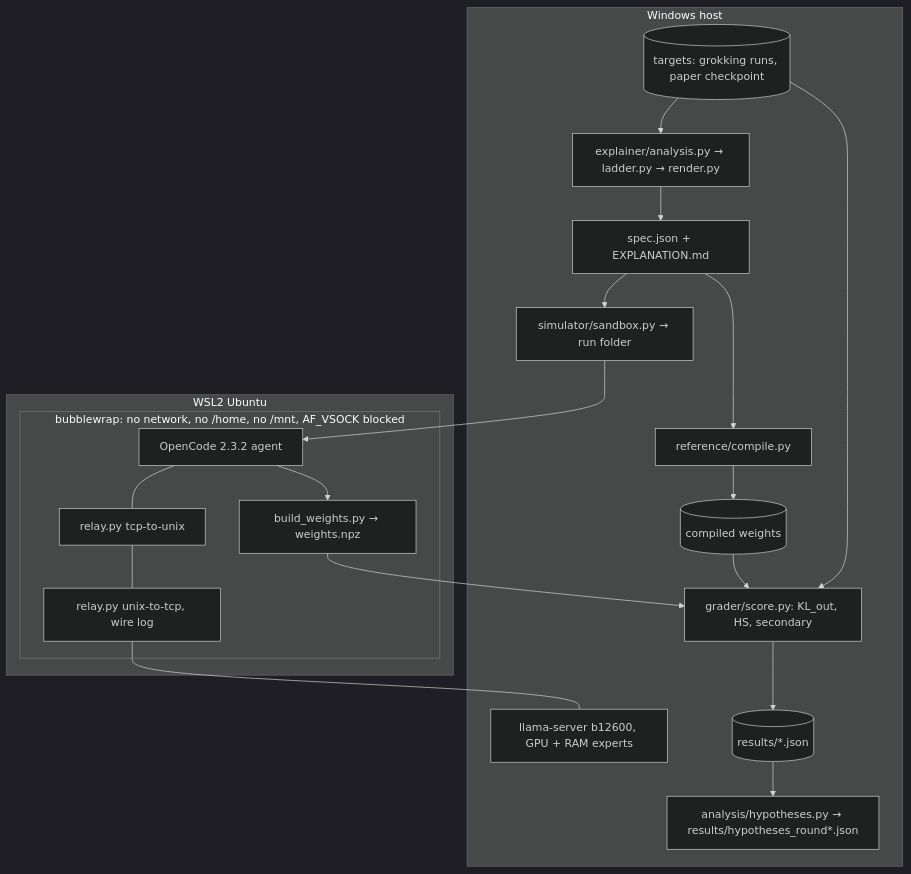
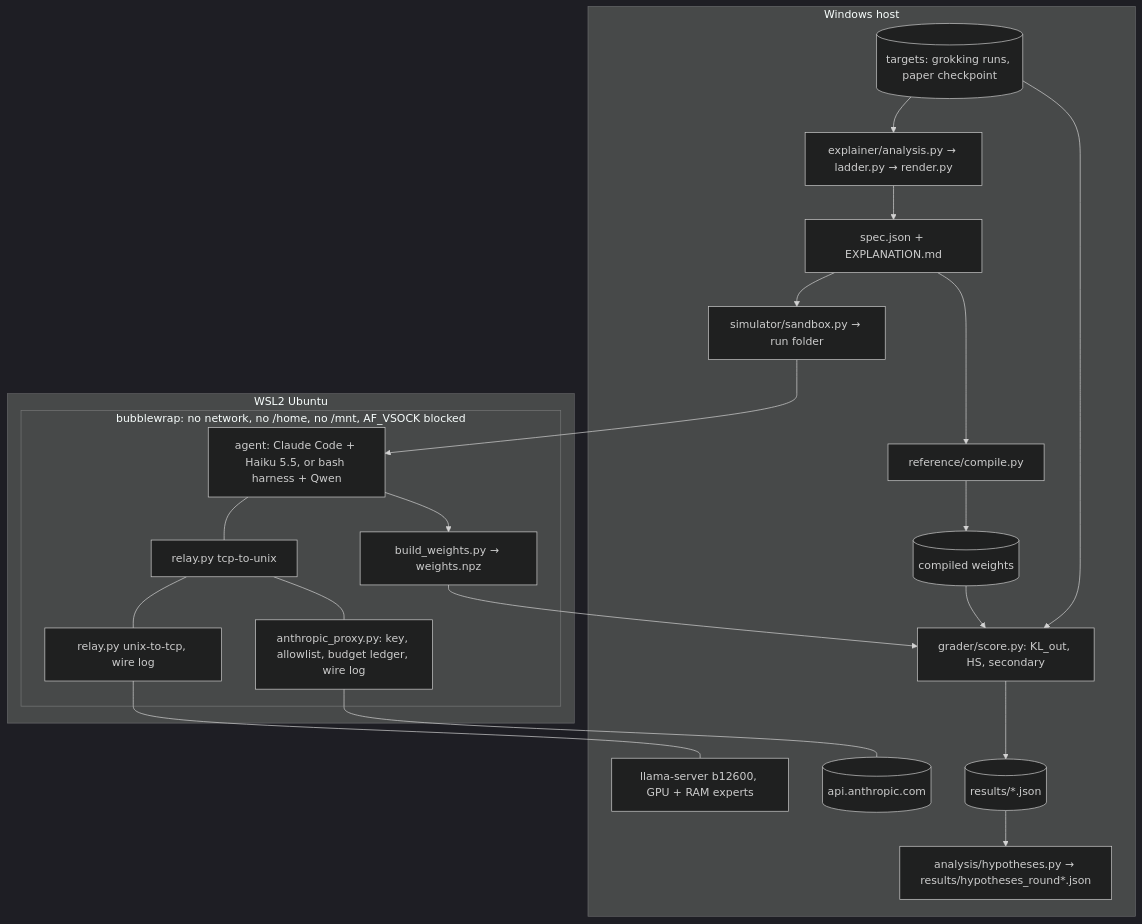
Before and after one commit to BurnyCoder/verifiable-mechanistic-interpretability-by-grading-explanations-using-simulations: the diagram in docs/architecture.md, drawn with Mermaid (dark theme). The commit also changed other lines of this file and 16 other files, not shown here.

````diff
--- a/docs/architecture.md
+++ b/docs/architecture.md
@@ -3,25 +3,28 @@
 ```mermaid
 flowchart TB
     subgraph Win[Windows host]
         T[(targets: grokking runs, paper checkpoint)] --> EX[explainer/analysis.py → ladder.py → render.py]
         EX --> SP[spec.json + EXPLANATION.md]
         SP --> RC[reference/compile.py] --> RW[(compiled weights)]
         SP --> SB[simulator/sandbox.py → run folder]
         LS[llama-server b12600, GPU + RAM experts]
+        API[(api.anthropic.com)]
         GR[grader/score.py: KL_out, HS, secondary]
         T --> GR
         RW --> GR
         AN[analysis/hypotheses.py → results/hypotheses_round*.json]
         GR --> RES[(results/*.json)] --> AN
     end
     subgraph WSL[WSL2 Ubuntu]
         R1[relay.py unix-to-tcp, wire log] --- LS
+        PX[anthropic_proxy.py: key, allowlist, budget ledger, wire log] --- API
         subgraph BW[bubblewrap: no network, no /home, no /mnt, AF_VSOCK blocked]
             R2[relay.py tcp-to-unix] --- R1
-            OC[OpenCode 2.3.2 agent] --- R2
+            R2 --- PX
+            OC[agent: Claude Code + Haiku 5.5, or bash harness + Qwen] --- R2
             OC --> BWP[build_weights.py → weights.npz]
         end
     end
     SB --> OC
     BWP --> GR
 ```
````
